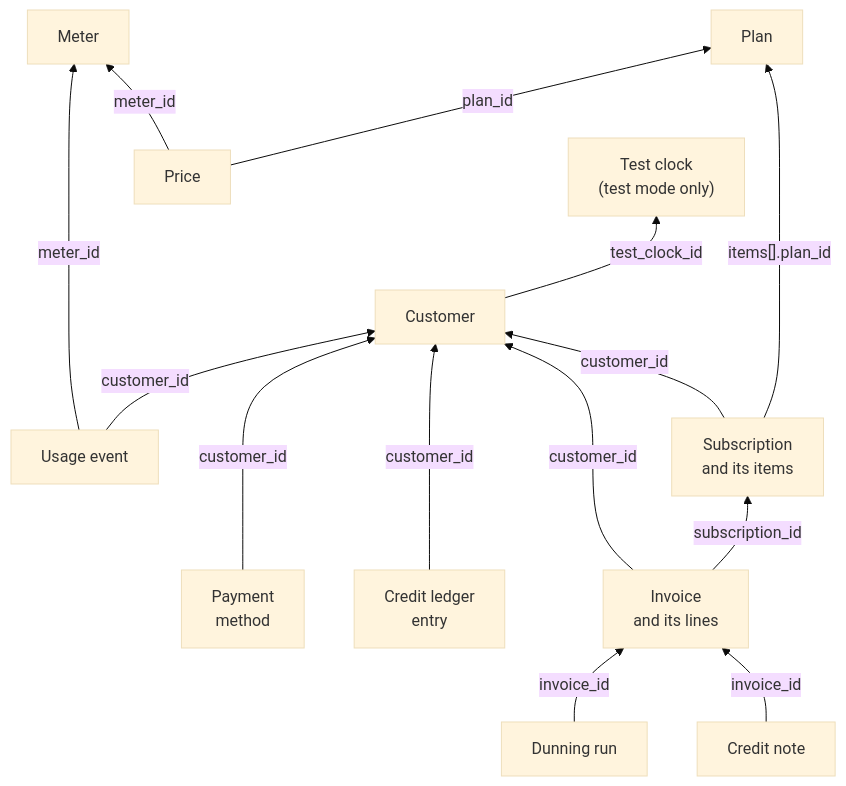
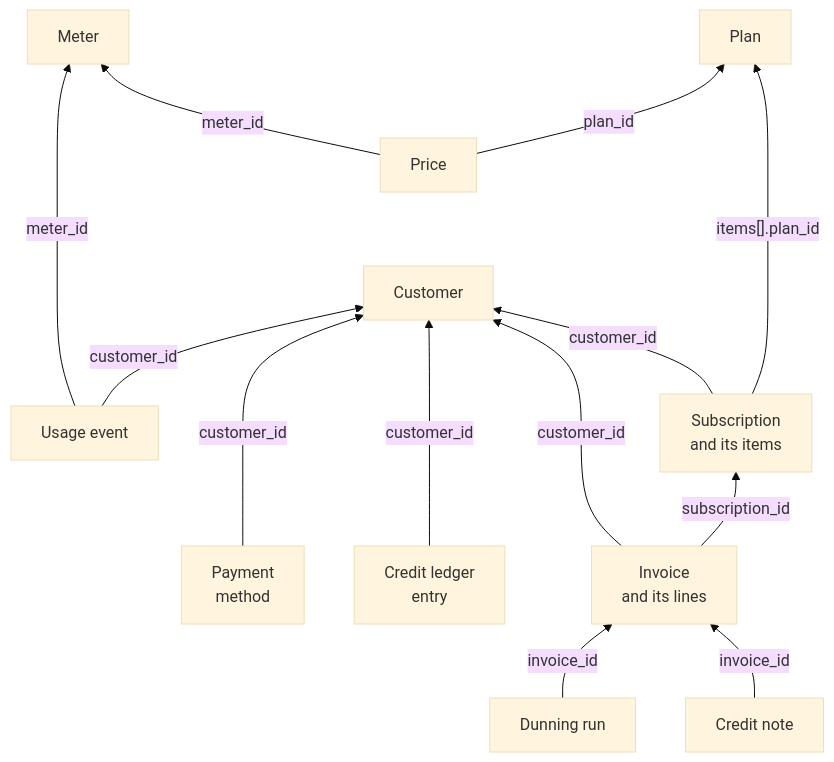
One commit to gethardcount/hardcount changed the diagram in docs/concepts/data-model.md. Above: the diagram before and after it, drawn with Mermaid (base theme). The commit also changed other lines of this file and 245 other files, not shown here.

````diff
--- a/docs/concepts/data-model.md
+++ b/docs/concepts/data-model.md
@@ -14,33 +14,31 @@
 ```mermaid
 flowchart BT
     %% Each arrow points to the object a field names. Layout only:
     %% "C ~~~ PR" keeps Customer below Price, and the longer arrows
     %% from Payment method and Credit ledger entry keep their labels apart.
     M["Meter"]
     PR["Price"]
     P["Plan"]
-    TC["Test clock<br/>(test mode only)"]
     C["Customer"]
     U["Usage event"]
     PM["Payment<br/>method"]
     L["Credit ledger<br/>entry"]
     S["Subscription<br/>and its items"]
     I["Invoice<br/>and its lines"]
     D["Dunning run"]
     CN["Credit note"]
 
     PR -->|"meter_id"| M
     PR -->|"plan_id"| P
     C ~~~ PR
-    C -->|"test_clock_id"| TC
     U -->|"meter_id"| M
     U -->|"customer_id"| C
     PM --->|"customer_id"| C
     L --->|"customer_id"| C
     I -->|"customer_id"| C
     S -->|"customer_id"| C
     S -->|"items[].plan_id"| P
     I -->|"subscription_id"| S
     D -->|"invoice_id"| I
     CN -->|"invoice_id"| I
 ```
````
